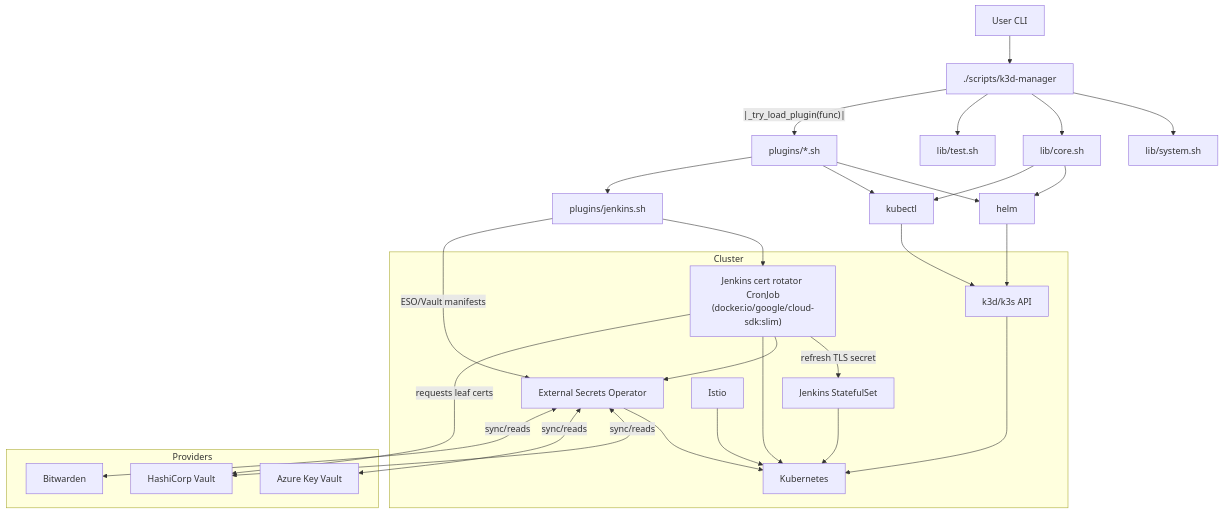
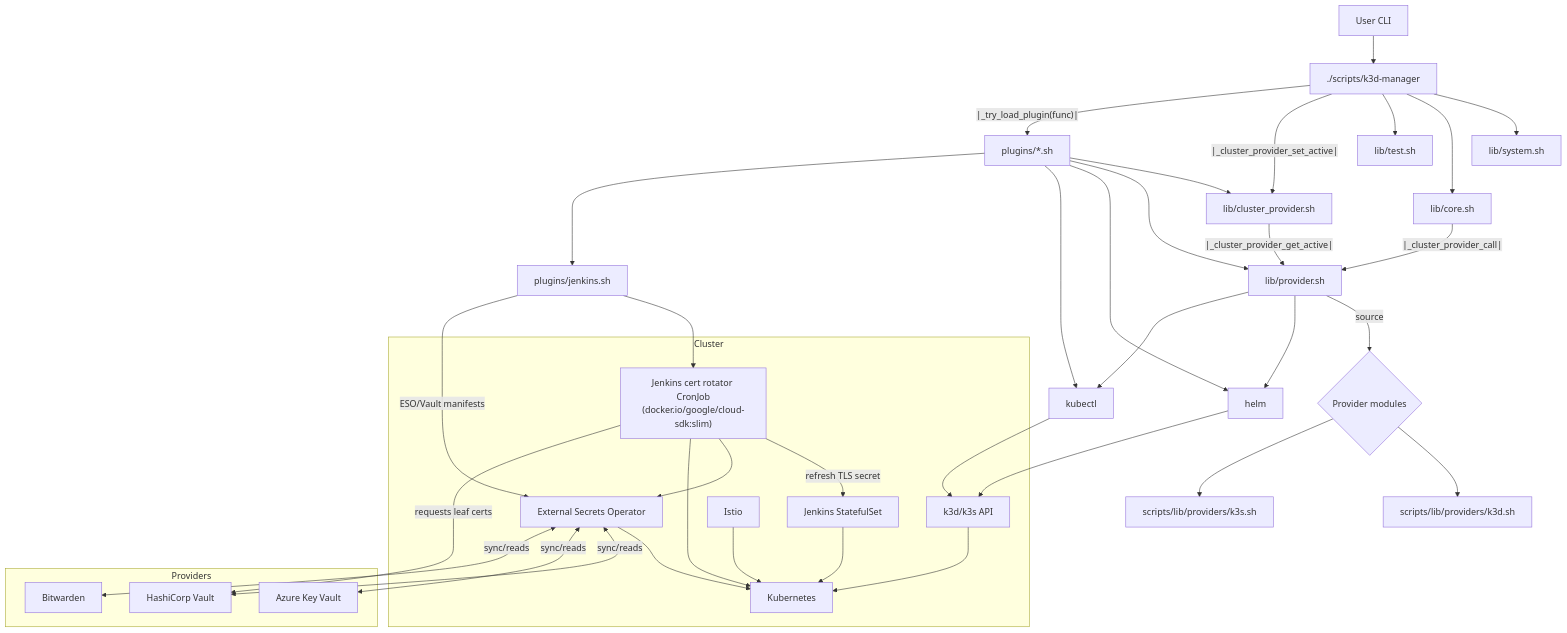
One commit to wilddog64/k3d-manager changed the first of 2 diagrams in README.md. Above: the diagram before and after it, drawn with Mermaid. The commit also changed other lines of this file, not shown here.

````diff
--- a/README.md
+++ b/README.md
@@ -201,36 +229,44 @@
 ```mermaid
 graph TD
   U[User CLI] --> KM[./scripts/k3d-manager]
   KM --> SYS[lib/system.sh]
   KM --> CORE[lib/core.sh]
   KM --> TEST[lib/test.sh]
+  KM --|_cluster_provider_set_active|--> CP[lib/cluster_provider.sh]
   KM --|_try_load_plugin(func)|--> PLUG[plugins/*.sh]
-  PLUG --> HELM[helm]
-  PLUG --> KUB[kubectl]
+  CP --|_cluster_provider_get_active|--> PR[lib/provider.sh]
+  CORE --|_cluster_provider_call|--> PR
+  PLUG --> CP
+  PLUG --> PR
+  PR -->|source| MOD{Provider modules}
+  MOD --> K3DMOD[scripts/lib/providers/k3d.sh]
+  MOD --> K3SMOD[scripts/lib/providers/k3s.sh]
+  PR --> HELM[helm]
+  PR --> KUB[kubectl]
+  PLUG --> HELM
+  PLUG --> KUB
   PLUG --> JPLUG[plugins/jenkins.sh]
   JPLUG --> ROTATOR["Jenkins cert rotator CronJob<br/>(docker.io/google/cloud-sdk:slim)"]
   JPLUG -->|ESO/Vault manifests| ESO
   ROTATOR -->|refresh TLS secret| JENKINS[Jenkins StatefulSet]
   ROTATOR --> ESO
-  CORE --> HELM
-  CORE --> KUB
   subgraph Cluster
-     K3D[k3d/k3s API] --> K8S[Kubernetes]
+     K3API[k3d/k3s API] --> K8S[Kubernetes]
      ISTIO[Istio] --> K8S
      ESO[External Secrets Operator] --> K8S
      JENKINS --> K8S
      ROTATOR --> K8S
   end
-  HELM --> K3D
-  KUB --> K3D
+  HELM --> K3API
+  KUB --> K3API
 
   subgraph Providers
      VAULT[HashiCorp Vault]
      AZ[Azure Key Vault]
      BWD[Bitwarden]
   end
   ESO <-- sync/reads --> VAULT
   ESO <-- sync/reads --> AZ
   ESO <-- sync/reads --> BWD
   ROTATOR -->|requests leaf certs| VAULT
 ```
````
